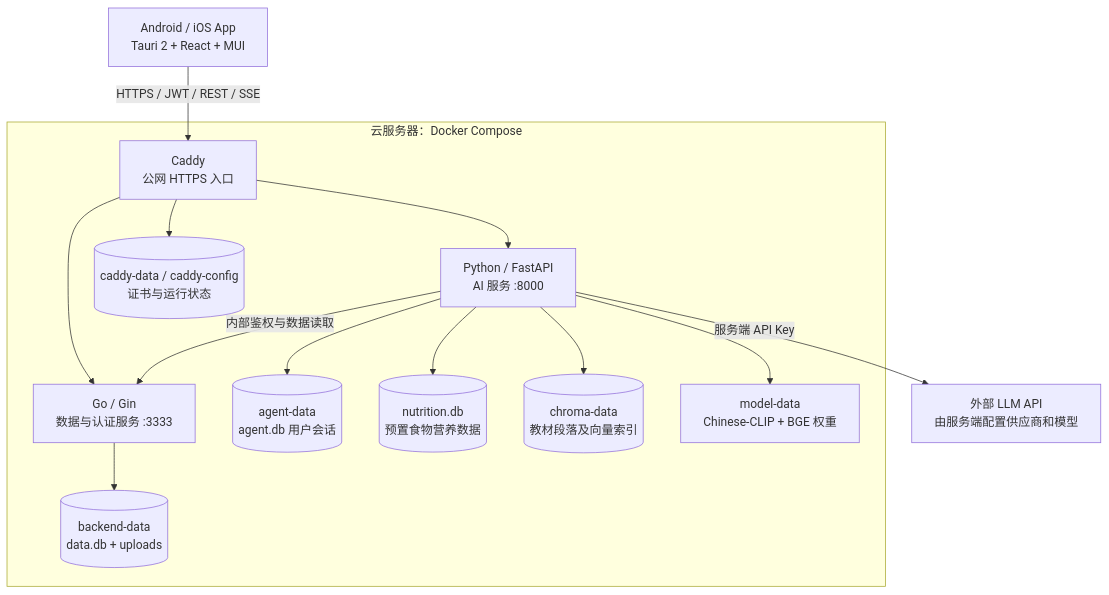
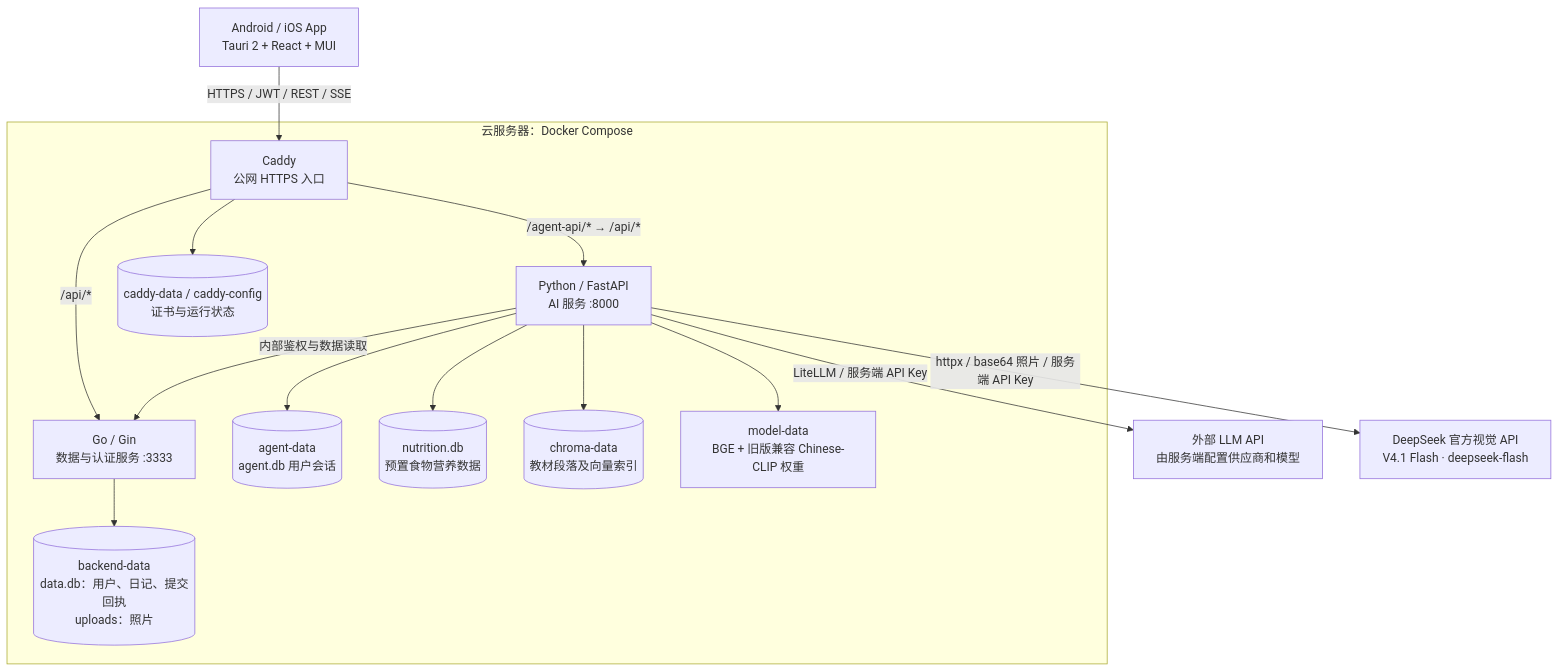
The first of 4 diagrams in docs/ARCHITECTURE.md (Green-hats/NutriGo), drawn with Mermaid before and after one commit. The commit also changed other lines of this file and 4 other files, not shown here.

Commit message:
docs: refresh readmes and diagrams for current mobile meal flow

````diff
--- a/docs/ARCHITECTURE.md
+++ b/docs/ARCHITECTURE.md
@@ -23,27 +23,29 @@
 ```mermaid
 flowchart TB
     App["Android / iOS App<br/>Tauri 2 + React + MUI"]
     LLM["外部 LLM API<br/>由服务端配置供应商和模型"]
+    Vision["DeepSeek 官方视觉 API<br/>V4.1 Flash · deepseek-flash"]
     subgraph Cloud["云服务器：Docker Compose"]
         Gateway["Caddy<br/>公网 HTTPS 入口"]
         Go["Go / Gin<br/>数据与认证服务 :3333"]
         Agent["Python / FastAPI<br/>AI 服务 :8000"]
-        UserData[("backend-data<br/>data.db + uploads")]
+        UserData[("backend-data<br/>data.db：用户、日记、提交回执<br/>uploads：照片")]
         ChatData[("agent-data<br/>agent.db 用户会话")]
         Nutrition[("nutrition.db<br/>预置食物营养数据")]
         Knowledge[("chroma-data<br/>教材段落及向量索引")]
-        Models["model-data<br/>Chinese-CLIP + BGE 权重"]
+        Models["model-data<br/>BGE + 旧版兼容 Chinese-CLIP 权重"]
         TLS[("caddy-data / caddy-config<br/>证书与运行状态")]
-        Gateway --> Go
-        Gateway --> Agent
+        Gateway -->|"/api/*"| Go
+        Gateway -->|"/agent-api/* → /api/*"| Agent
         Gateway --> TLS
         Agent -->|"内部鉴权与数据读取"| Go
         Go --> UserData
         Agent --> ChatData
         Agent --> Nutrition
         Agent --> Knowledge
         Agent --> Models
     end
     App -->|"HTTPS / JWT / REST / SSE"| Gateway
-    Agent -->|"服务端 API Key"| LLM
+    Agent -->|"LiteLLM / 服务端 API Key"| LLM
+    Agent -->|"httpx / base64 照片 / 服务端 API Key"| Vision
 ```
````
